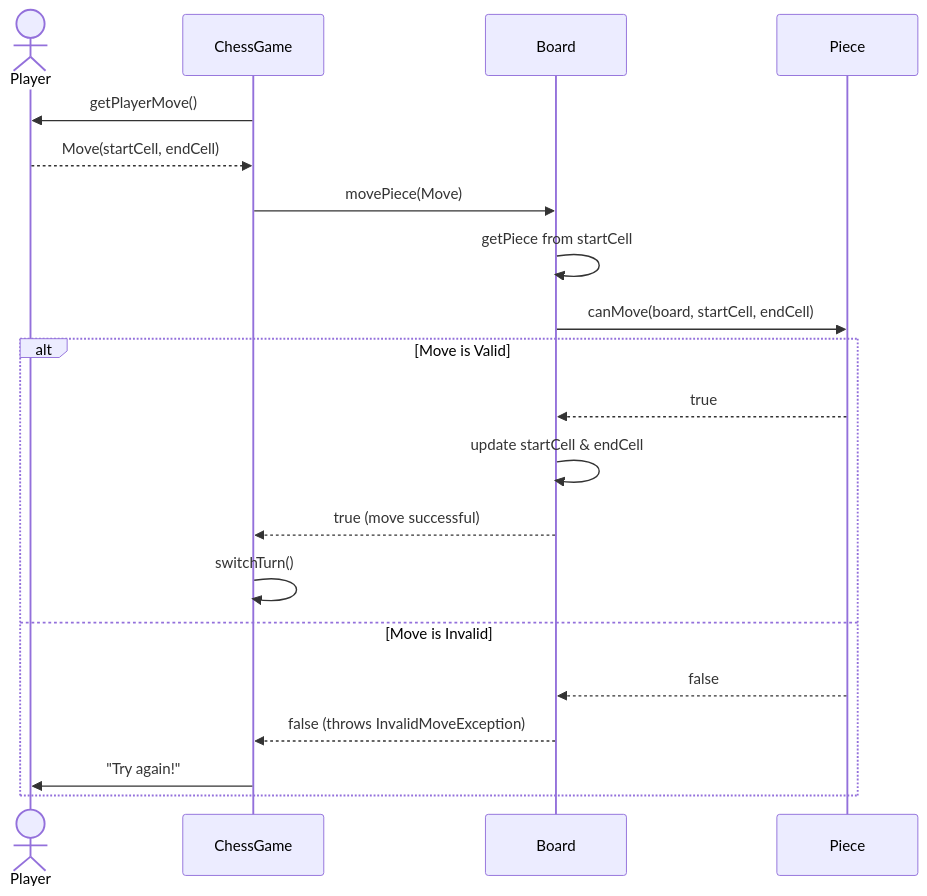
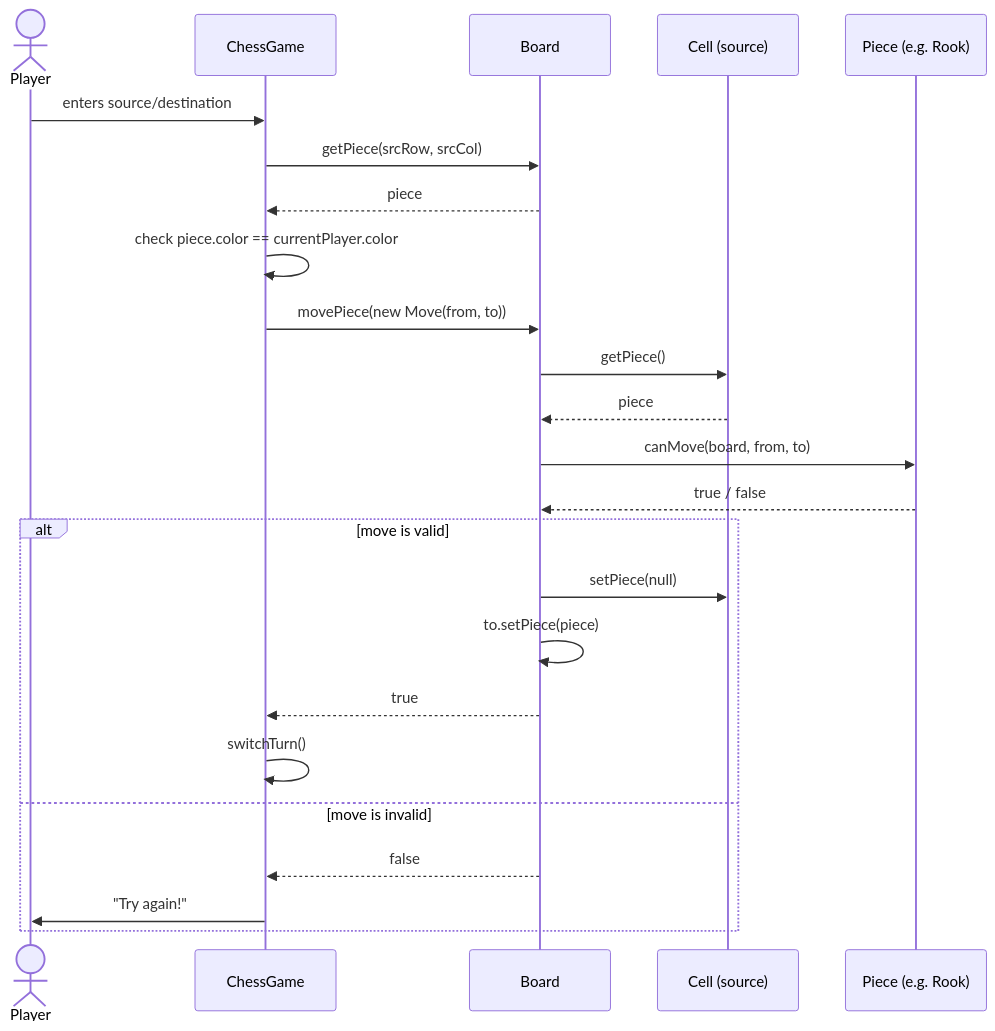
Before and after one commit to bhargavtenali/awesome-low-level-design: the third of 3 diagrams in solutions/java/src/chessgame/ChessGame-LLD.md, drawn with Mermaid. The commit also changed other lines of this file, not shown here.

Commit message:
added chess game md

````diff
--- a/solutions/java/src/chessgame/ChessGame-LLD.md
+++ b/solutions/java/src/chessgame/ChessGame-LLD.md
@@ -113,25 +269,27 @@
 ```mermaid
 sequenceDiagram
     actor Player
-    participant ChessGame
-    participant Board
-    participant Piece
-    
-    ChessGame->>Player: getPlayerMove()
-    Player-->>ChessGame: Move(startCell, endCell)
-    ChessGame->>Board: movePiece(Move)
-    
-    Board->>Board: getPiece from startCell
-    Board->>Piece: canMove(board, startCell, endCell)
-    
-    alt Move is Valid
-        Piece-->>Board: true
-        Board->>Board: update startCell & endCell
-        Board-->>ChessGame: true (move successful)
-        ChessGame->>ChessGame: switchTurn()
-    else Move is Invalid
-        Piece-->>Board: false
-        Board-->>ChessGame: false (throws InvalidMoveException)
-        ChessGame->>Player: "Try again!"
+    participant Game as ChessGame
+    participant Board as Board
+    participant From as Cell (source)
+    participant Piece as Piece (e.g. Rook)
+
+    Player->>Game: enters source/destination
+    Game->>Board: getPiece(srcRow, srcCol)
+    Board-->>Game: piece
+    Game->>Game: check piece.color == currentPlayer.color
+    Game->>Board: movePiece(new Move(from, to))
+    Board->>From: getPiece()
+    From-->>Board: piece
+    Board->>Piece: canMove(board, from, to)
+    Piece-->>Board: true / false
+    alt move is valid
+        Board->>From: setPiece(null)
+        Board->>Board: to.setPiece(piece)
+        Board-->>Game: true
+        Game->>Game: switchTurn()
+    else move is invalid
+        Board-->>Game: false
+        Game->>Player: "Try again!"
     end
 ```
````
